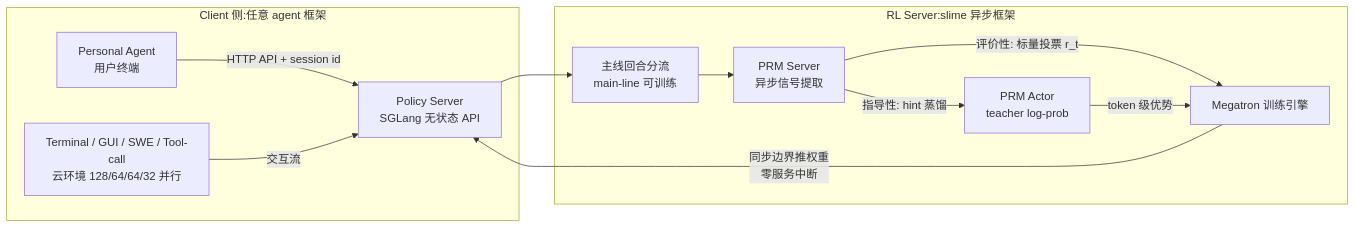
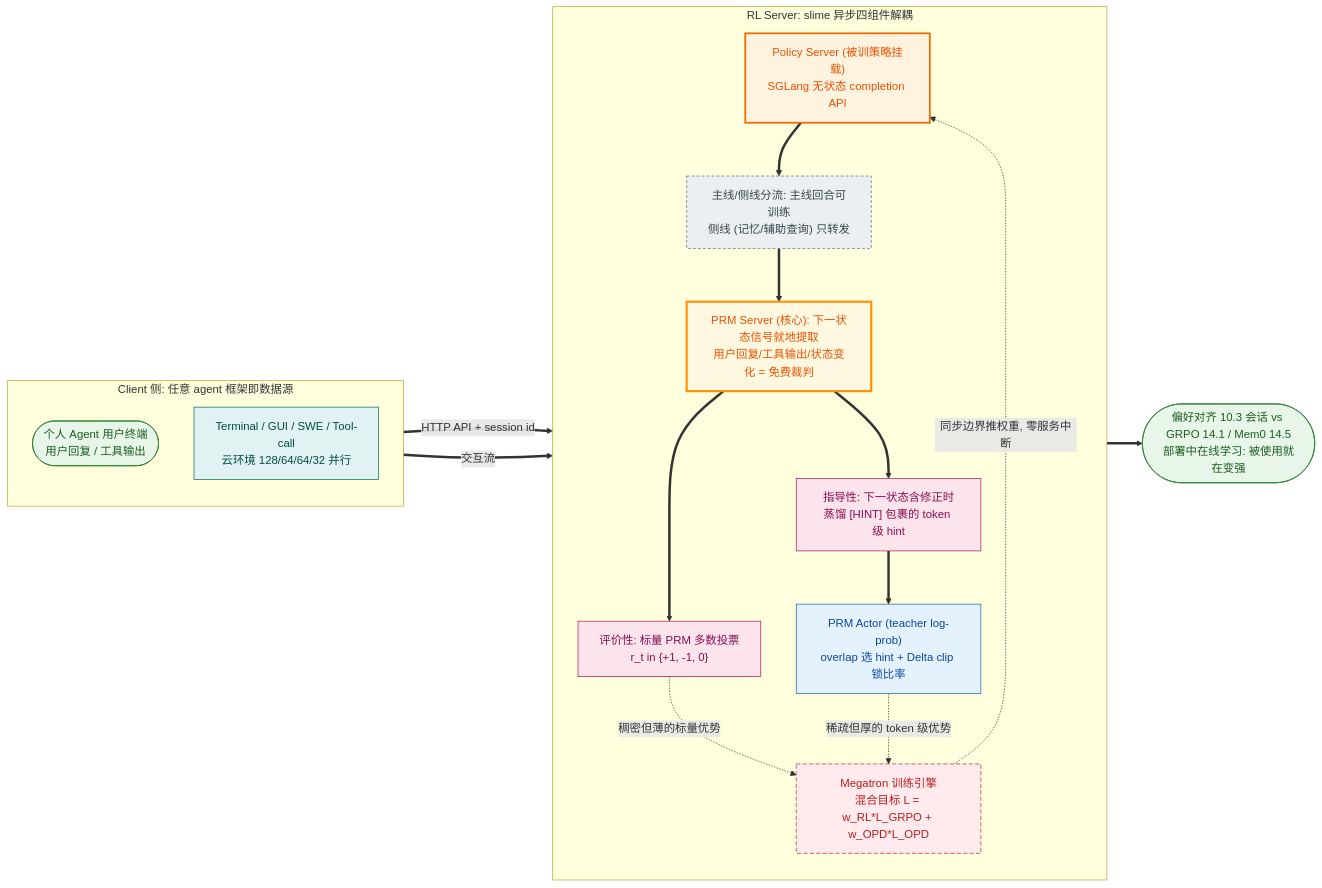
One commit to luohu-arch/physical_intelligence_study changed the diagram in notes/rl/agentic-app/openclaw-rl.md. Above: the diagram before and after it, drawn with Mermaid. The commit also changed 153 other files, not shown here.

````diff
--- a/notes/rl/agentic-app/openclaw-rl.md
+++ b/notes/rl/agentic-app/openclaw-rl.md
@@ -52,15 +52,51 @@
 ```mermaid
+%%{init: {
+  'theme':'base',
+  'themeVariables':{
+    'primaryColor':'#fafbfd','primaryBorderColor':'#4a5d7d','primaryTextColor':'#1f2937',
+    'fontFamily':'"PingFang SC","Hiragino Sans GB","Microsoft YaHei",sans-serif',
+    'fontSize':'14px','clusterBkg':'#fbfcfe','clusterBorder':'#b9c6d8','edgeLabelBackground':'#ffffff'
+  },
+  'flowchart':{'curve':'basis','nodeSpacing':26,'rankSpacing':42,'padding':10}
+}}%%
 flowchart LR
-    subgraph Clients["Client 侧:任意 agent 框架"]
-        A[Personal Agent<br/>用户终端] -->|HTTP API + session id| B
-        C[Terminal / GUI / SWE / Tool-call<br/>云环境 128/64/64/32 并行] -->|交互流| B
+    subgraph Clients["Client 侧: 任意 agent 框架即数据源"]
+        direction TB
+        A(["个人 Agent 用户终端<br/>用户回复 / 工具输出"]):::data
+        C["Terminal / GUI / SWE / Tool-call<br/>云环境 128/64/64/32 并行"]:::env
     end
-    subgraph RLServer["RL Server:slime 异步框架"]
-        B[Policy Server<br/>SGLang 无状态 API] --> D[主线回合分流<br/>main-line 可训练]
-        D --> E[PRM Server<br/>异步信号提取]
-        E -->|评价性: 标量投票 r_t| F[Megatron 训练引擎]
-        E -->|指导性: hint 蒸馏| G[PRM Actor<br/>teacher log-prob]
-        G -->|token 级优势| F
-        F -->|同步边界推权重<br/>零服务中断| B
+
+    subgraph RLServer["RL Server: slime 异步四组件解耦"]
+        direction TB
+        B["Policy Server (被训策略挂载)<br/>SGLang 无状态 completion API"]:::train
+        D["主线/侧线分流: 主线回合可训练<br/>侧线 (记忆/辅助查询) 只转发"]:::loop
+        E["PRM Server (核心): 下一状态信号就地提取<br/>用户回复/工具输出/状态变化 = 免费裁判"]:::key
+        EVAL["评价性: 标量 PRM 多数投票<br/>r_t in {+1, -1, 0}"]:::reward
+        HINT["指导性: 下一状态含修正时<br/>蒸馏 [HINT] 包裹的 token 级 hint"]:::reward
+        G["PRM Actor (teacher log-prob)<br/>overlap 选 hint + Delta clip 锁比率"]:::frozen
+        F["Megatron 训练引擎<br/>混合目标 L = w_RL*L_GRPO + w_OPD*L_OPD"]:::loss
     end
+
+    ACC(["偏好对齐 10.3 会话 vs GRPO 14.1 / Mem0 14.5<br/>部署中在线学习: 被使用就在变强"]):::data
+
+    A ==>|"HTTP API + session id"| B
+    C ==>|"交互流"| B
+    B ==> D
+    D ==> E
+    E ==> EVAL
+    E ==> HINT
+    EVAL -.->|"稠密但薄的标量优势"| F
+    HINT ==> G
+    G -.->|"稀疏但厚的 token 级优势"| F
+    F -.->|"同步边界推权重, 零服务中断"| B
+    F ==> ACC
+
+    classDef data fill:#e8f5e9,stroke:#2e7d32,color:#1b5e20
+    classDef frozen fill:#e3f2fd,stroke:#1565c0,color:#0d47a1
+    classDef train fill:#fff3e0,stroke:#ef6c00,stroke-width:2.5px,color:#e65100
+    classDef loss fill:#ffebee,stroke:#c62828,stroke-dasharray:6 3,color:#b71c1c
+    classDef loop fill:#eceff1,stroke:#546e7a,stroke-dasharray:4 3,color:#37474f
+    classDef env fill:#e0f2f1,stroke:#00695c,color:#004d40
+    classDef reward fill:#fce4ec,stroke:#ad1457,color:#880e4f
+    classDef key fill:#fff8e1,stroke:#ff8f00,stroke-width:3px,color:#e65100
 ```
````
